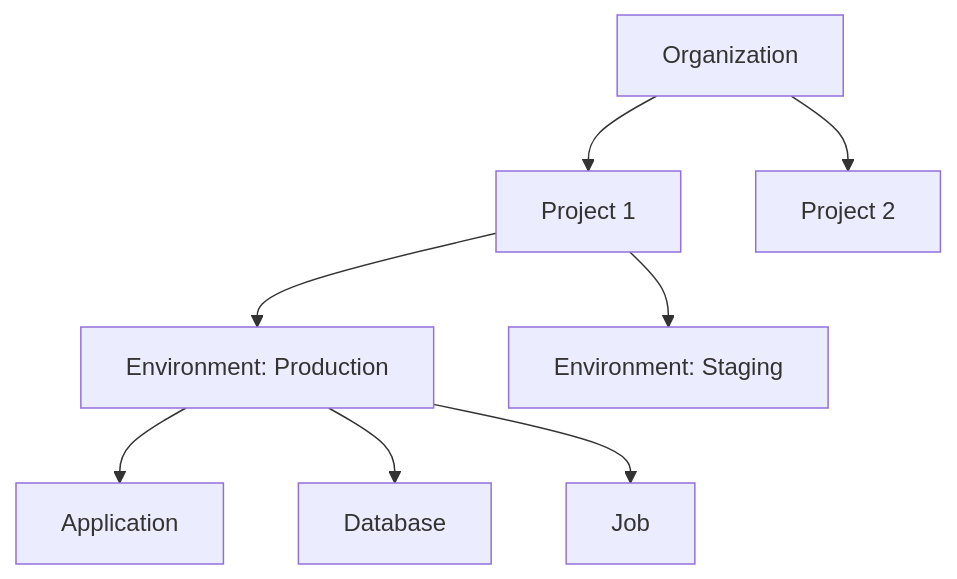
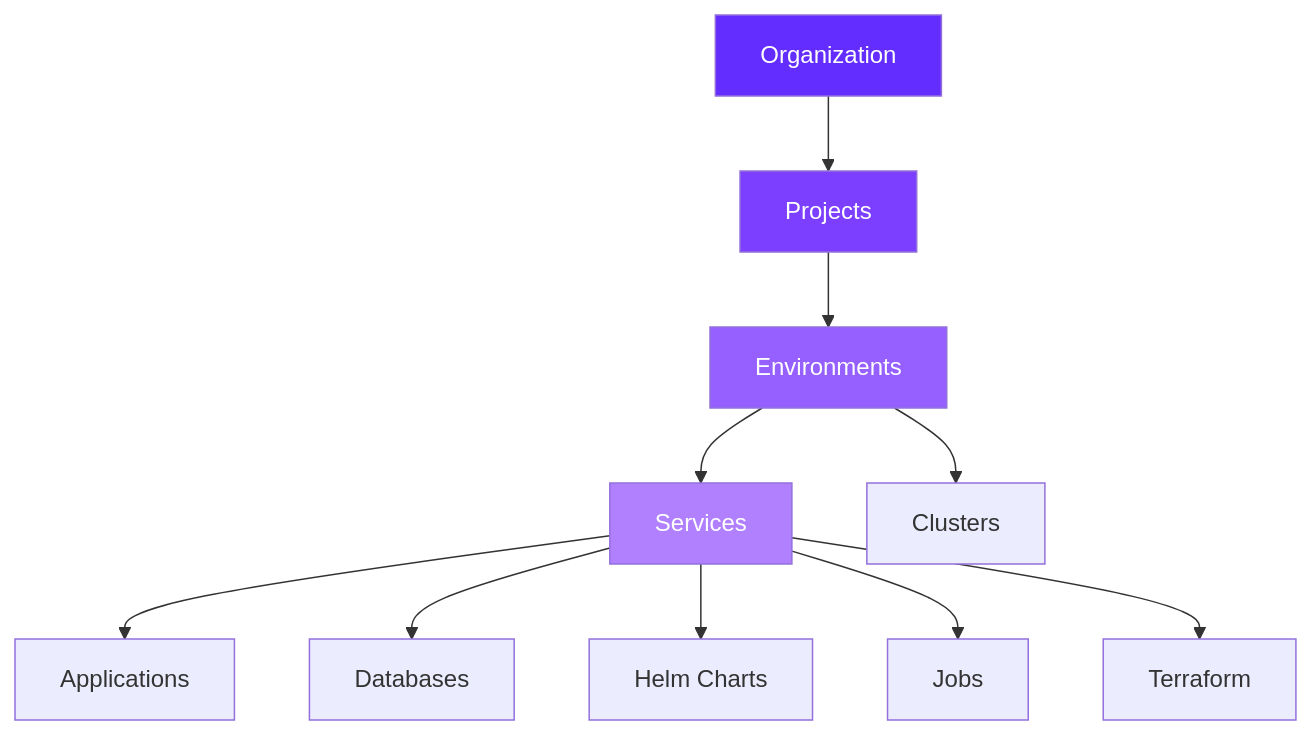
The diagram in configuration/overview.mdx (Qovery/documentation-v2), drawn with Mermaid before and after one commit. The commit also changed other lines of this file and 1 other file, not shown here.

````diff
--- a/configuration/overview.mdx
+++ b/configuration/overview.mdx
@@ -31,10 +12,17 @@
 ```mermaid
-graph TD
-    Org[Organization] --> Proj1[Project 1]
-    Org --> Proj2[Project 2]
-    Proj1 --> Env1[Environment: Production]
-    Proj1 --> Env2[Environment: Staging]
-    Env1 --> App1[Application]
-    Env1 --> DB1[Database]
-    Env1 --> Job1[Job]
+graph TB
+    O[Organization] --> P[Projects]
+    P --> E[Environments]
+    E --> S[Services]
+    S --> A[Applications]
+    S --> D[Databases]
+    S --> H[Helm Charts]
+    S --> J[Jobs]
+    S --> T[Terraform]
+    E --> C[Clusters]
+
+    style O fill:#642DFF,color:#fff
+    style P fill:#7C3FFF,color:#fff
+    style E fill:#965FFF,color:#fff
+    style S fill:#B080FF,color:#fff
 ```
````
